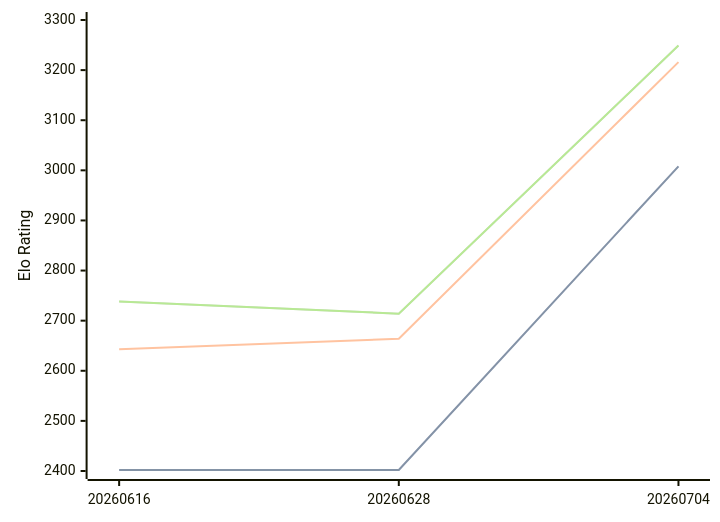
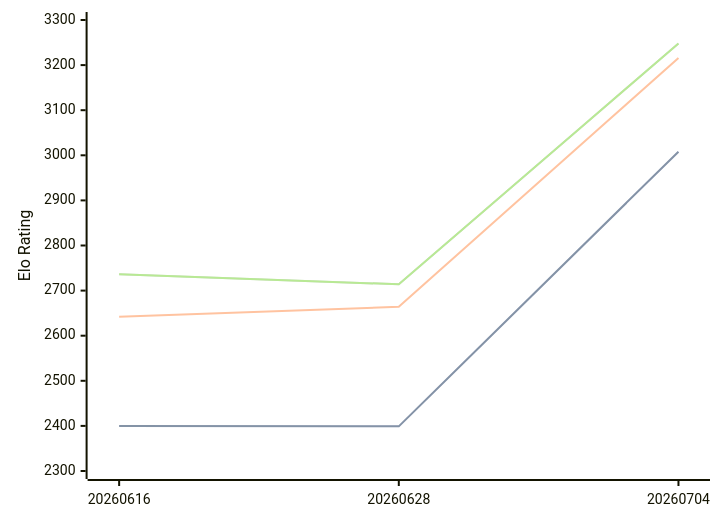
Before and after one commit to computer-chess-index/cci: the third of 3 diagrams in engines/Askaig.md, drawn with Mermaid. The commit also changed other lines of this file, not shown here.

Commit message:
Update CCI Ratings (ELO VLTC) - 2026-07-15

````diff
--- a/engines/Askaig.md
+++ b/engines/Askaig.md
@@ -68,11 +68,11 @@
 ```mermaid
 %%{init: {"theme":"base","themeVariables":{"seriesColors:['#a3a3a3','#222221','#faa371']}}}%%
 xychart-beta
   x-axis ["20260616", "20260628", "20260704"]
-  y-axis "Elo Rating" 2400 --> 3300
-  line "STC (8.0+0.08s)" [2402, 2402, 3008]
-  line "STC (8.0+0.08s)" [2402, 2402, 3008]
-  line "LTC (60.0+0.60s)" [2643, 2664, 3216]
-  line "VLTC (2m24s+1.12s)" [2738, 2714, 3249]
-  line "VLTC (2m24s+1.12s)" [2738, 2714, 3249]
+  y-axis "Elo Rating" 2300 --> 3300
+  line "STC (8.0+0.08s)" [2400, 2399, 3008]
+  line "STC (8.0+0.08s)" [2400, 2399, 3008]
+  line "LTC (60.0+0.60s)" [2642, 2664, 3216]
+  line "VLTC (2m24s+1.12s)" [2736, 2714, 3248]
+  line "VLTC (2m24s+1.12s)" [2736, 2714, 3248]
 ```
````
